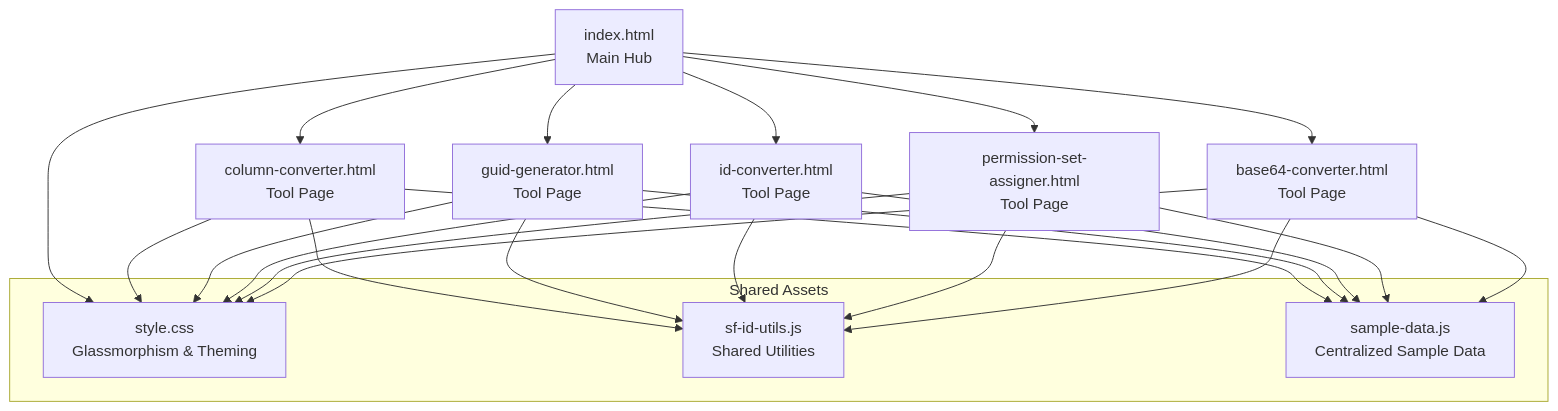
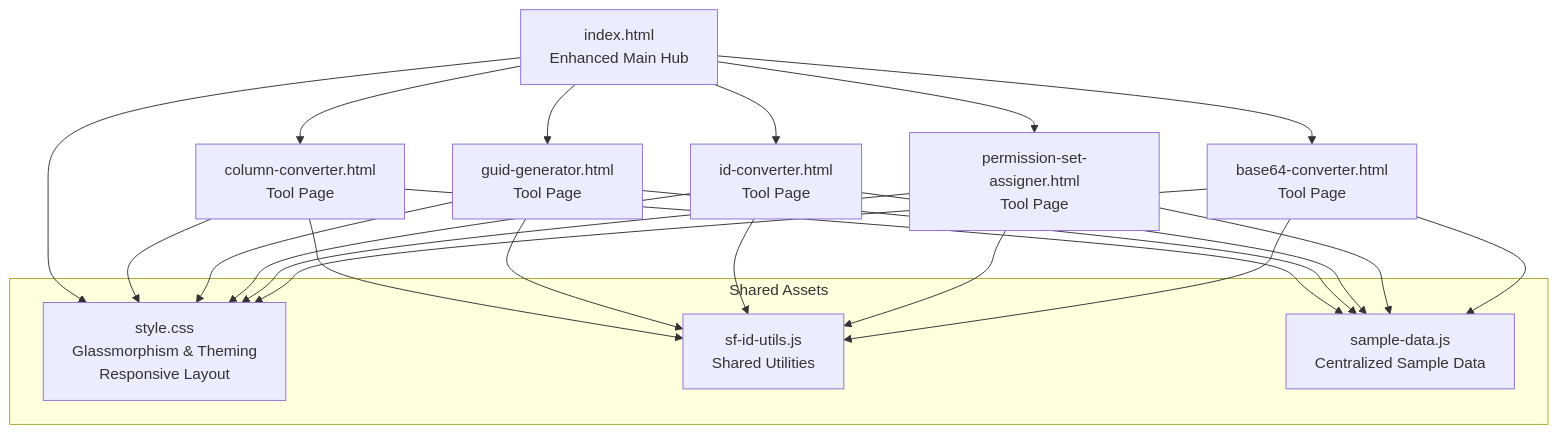
Before and after one commit to escaleraalcielo/developer-utilities: the first of 7 diagrams in .qoder/repowiki/en/content/Core Architecture/Modular Tool Design Patterns.md, drawn with Mermaid. The commit also changed other lines of this file and 3 other files, not shown here.

````diff
--- a/.qoder/repowiki/en/content/Core Architecture/Modular Tool Design Patterns.md
+++ b/.qoder/repowiki/en/content/Core Architecture/Modular Tool Design Patterns.md
@@ -37,29 +45,29 @@
 ```mermaid
 graph TB
-Hub["index.html<br/>Main Hub"] --> Card1["column-converter.html<br/>Tool Page"]
+Hub["index.html<br/>Enhanced Main Hub"] --> Card1["column-converter.html<br/>Tool Page"]
 Hub --> Card2["guid-generator.html<br/>Tool Page"]
 Hub --> Card3["id-converter.html<br/>Tool Page"]
 Hub --> Card4["permission-set-assigner.html<br/>Tool Page"]
 Hub --> Card5["base64-converter.html<br/>Tool Page"]
 subgraph "Shared Assets"
-CSS["style.css<br/>Glassmorphism & Theming"]
+CSS["style.css<br/>Glassmorphism & Theming<br/>Responsive Layout"]
 Utils["sf-id-utils.js<br/>Shared Utilities"]
 Sample["sample-data.js<br/>Centralized Sample Data"]
 end
 Card1 --> Utils
 Card2 --> Utils
 Card3 --> Utils
 Card4 --> Utils
 Card5 --> Utils
 Card1 --> Sample
 Card2 --> Sample
 Card3 --> Sample
 Card4 --> Sample
 Card5 --> Sample
 Hub --> CSS
 Card1 --> CSS
 Card2 --> CSS
 Card3 --> CSS
 Card4 --> CSS
 Card5 --> CSS
 ```
````
